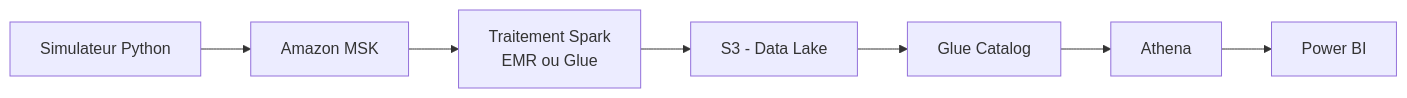
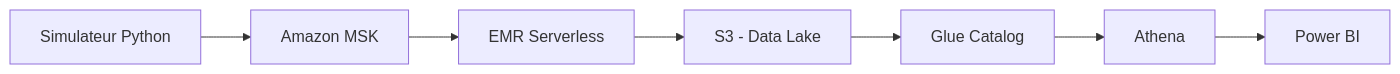
One commit to thcarole1/ev-powertrain-manufacturing_analytics changed the fourth of 4 diagrams in README.md. Above: the diagram before and after it, drawn with Mermaid. The commit also changed other lines of this file and 12 other files, not shown here.

First line of the commit message:
Feature/emr serverless detection (#19)

````diff
--- a/README.md
+++ b/README.md
@@ -71,9 +84,9 @@
 ```mermaid
 flowchart LR
     A["Simulateur Python"] --> B["Amazon MSK"]
-    B --> C["Traitement Spark<br/>EMR ou Glue"]
+    B --> C["EMR Serverless"]
     C --> D["S3 - Data Lake"]
     D --> E["Glue Catalog"]
     E --> F["Athena"]
     F --> G["Power BI"]
 ```
````
